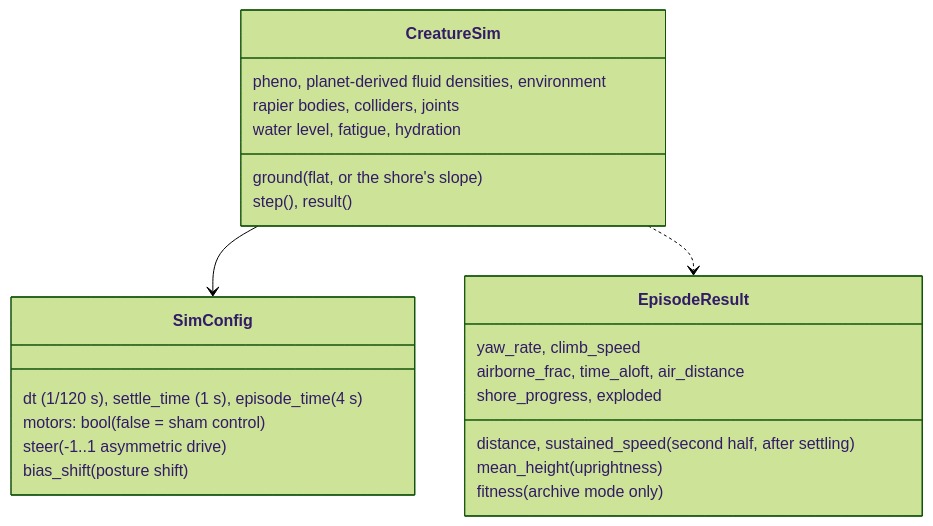
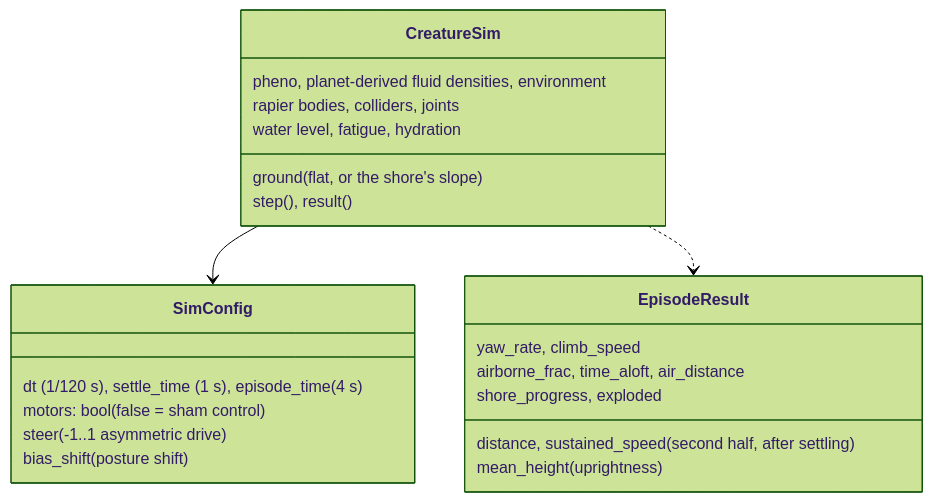
The fifth of 10 diagrams in docs/SPEC.md (Tubbles/evo-planet), drawn with Mermaid (forest theme) before and after one commit. The commit also changed other lines of this file and 15 other files, not shown here.

First line of the commit message:
Remove archive mode: the planet ecology is the only mode

````diff
--- a/docs/SPEC.md
+++ b/docs/SPEC.md
@@ -173,26 +166,25 @@
 ```mermaid
 classDiagram
   class SimConfig {
     dt (1/120 s), settle_time (1 s), episode_time (4 s)
     motors: bool  (false = sham control)
     steer  (-1..1 asymmetric drive)
     bias_shift  (posture shift)
   }
   class CreatureSim {
     pheno, planet-derived fluid densities, environment
     rapier bodies, colliders, joints
     ground (flat, or the shore's slope)
     water level, fatigue, hydration
     step(), result()
   }
   class EpisodeResult {
     distance, sustained_speed  (second half, after settling)
     yaw_rate, climb_speed
     airborne_frac, time_aloft, air_distance
     mean_height  (uprightness)
     shore_progress, exploded
-    fitness  (archive mode only)
   }
   CreatureSim --> SimConfig
   CreatureSim ..> EpisodeResult
 ```
````
